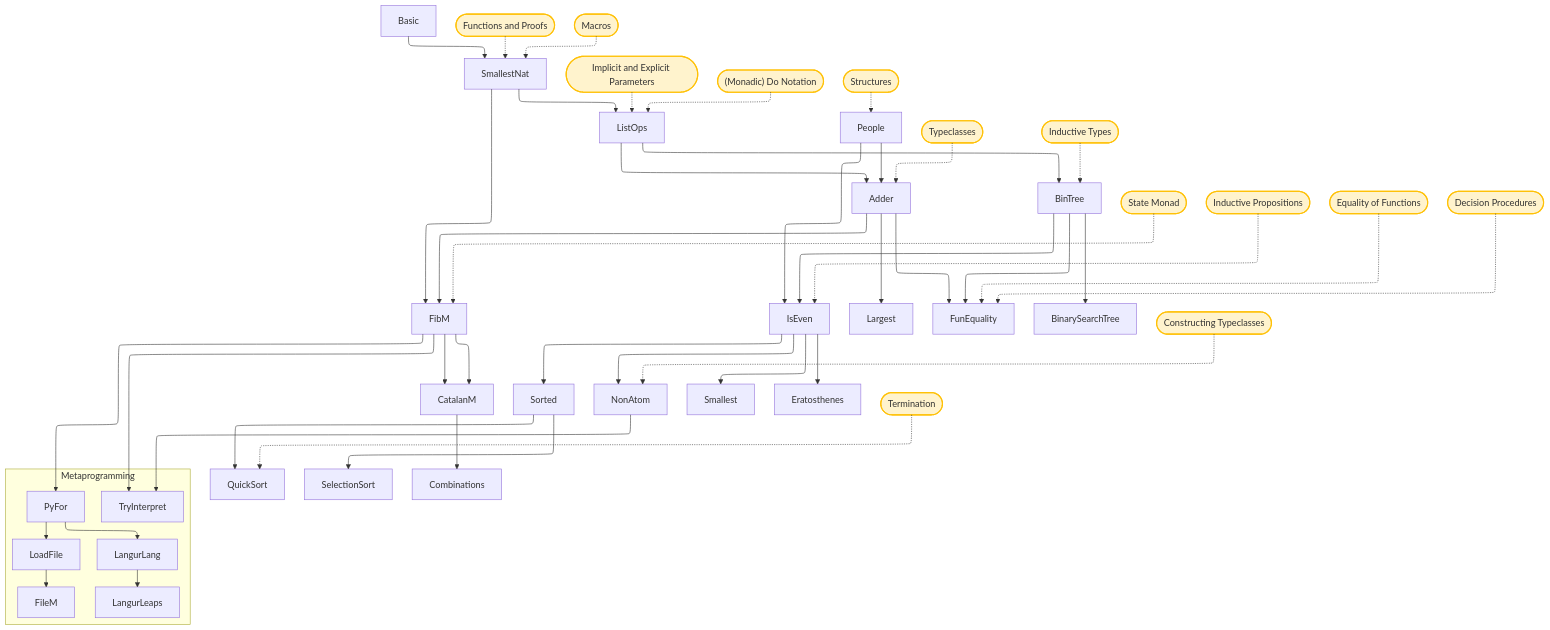
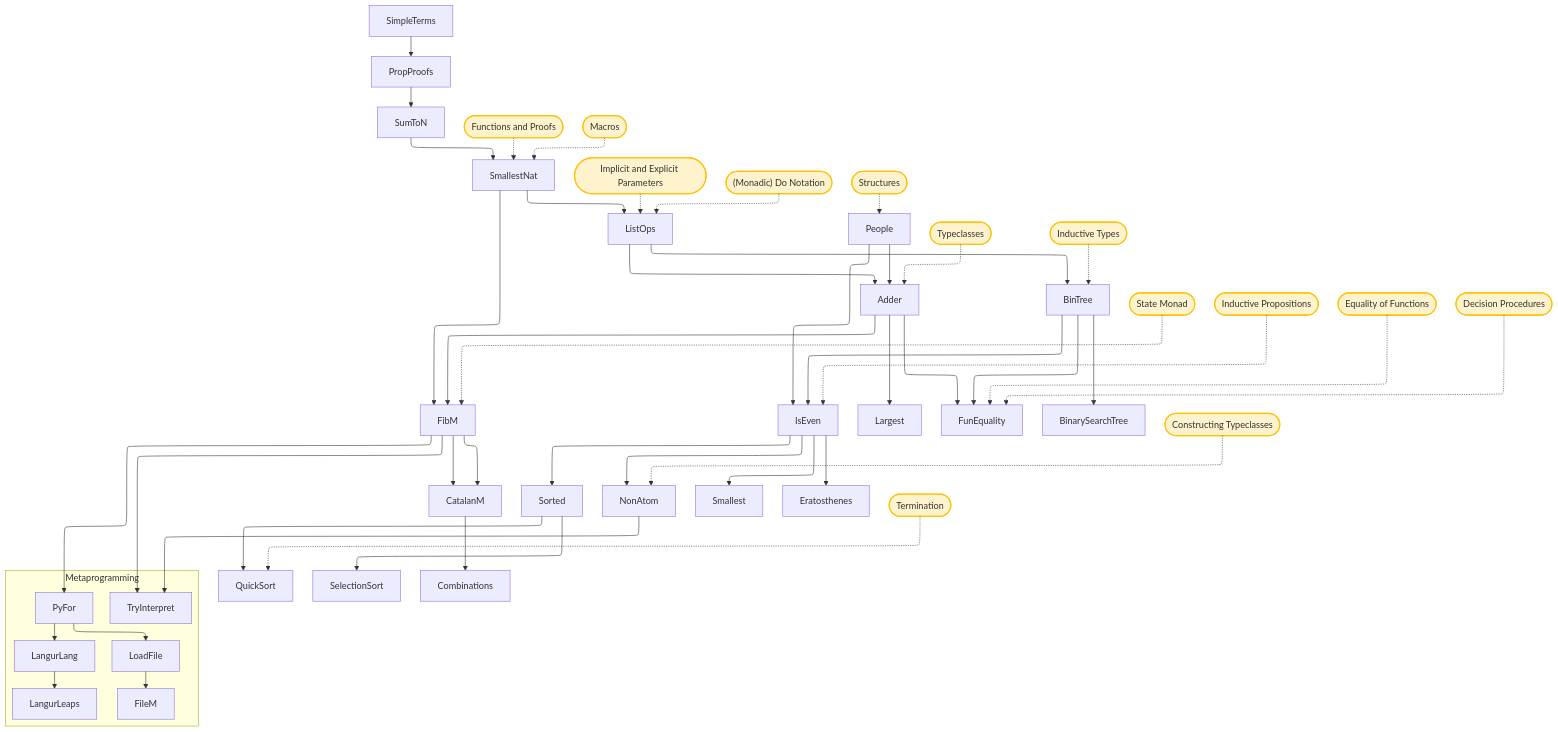
The diagram in LeanLangur/README.md (shamEiNew/LeanLangurSol), drawn with Mermaid before and after one commit.

Commit message:
tweaks to README

````diff
--- a/LeanLangur/README.md
+++ b/LeanLangur/README.md
@@ -55,62 +55,62 @@
 ```mermaid
 %%{init: {"flowchart": {"defaultRenderer": "elk"}} }%%
 graph TD;
   %% Core file dependencies
-  Basic --> SmallestNat;
+  SimpleTerms --> PropProofs;
+  PropProofs --> SumToN;
+  SumToN --> SmallestNat;
   SmallestNat --> ListOps;
   SmallestNat --> FibM;
   People --> IsEven;
   People --> Adder;
   ListOps --> BinTree;
   ListOps --> Adder;
   FibM --> CatalanM;
   Adder --> Largest;
   Adder --> FunEquality;
   Adder --> FibM;
   BinTree --> BinarySearchTree;
   BinTree --> FunEquality;
   IsEven --> Sorted;
   IsEven --> NonAtom;
   IsEven --> Smallest;
   Sorted --> QuickSort;
   Sorted --> SelectionSort;
   FibM --> PyFor;
   FibM --> CatalanM;
   CatalanM --> Combinations
   IsEven --> Eratosthenes
-
-  %% Correction Edge
   BinTree --> IsEven;
 
   %% Metaprogramming Subgraph
   subgraph Metaprogramming
     TryInterpret
     PyFor --> LoadFile;
     LoadFile --> FileM;
     PyFor --> LangurLang;
     LangurLang --> LangurLeaps;
   end
 
   %% Connections to the TryInterpret node
   FibM --> TryInterpret;
   NonAtom --> TryInterpret;
 
   %% Concepts mapping (reversed direction and uniformly capitalized)
   c1(["Functions and Proofs"]) -.-> SmallestNat
   c2(["Macros"]) -.-> SmallestNat
   c3(["Implicit and Explicit Parameters"]) -.-> ListOps
   c4(["(Monadic) Do Notation"]) -.-> ListOps
   c5(["Typeclasses"]) -.-> Adder
   c6(["State Monad"]) -.-> FibM
   c7(["Inductive Types"]) -.-> BinTree
   c8(["Inductive Propositions"]) -.-> IsEven
   c9(["Constructing Typeclasses"]) -.-> NonAtom
   c10(["Structures"]) -.-> People
   c11(["Termination"]) -.-> QuickSort
   c12(["Equality of Functions"]) -.-> FunEquality
   c13(["Decision Procedures"]) -.-> FunEquality
 
   %% Styling for concept nodes
   classDef concept fill:#fff3cd,stroke:#ffc107,stroke-width:2px;
   class c1,c2,c3,c4,c5,c6,c7,c8,c9,c10,c11,c12,c13 concept;
 ```
````
